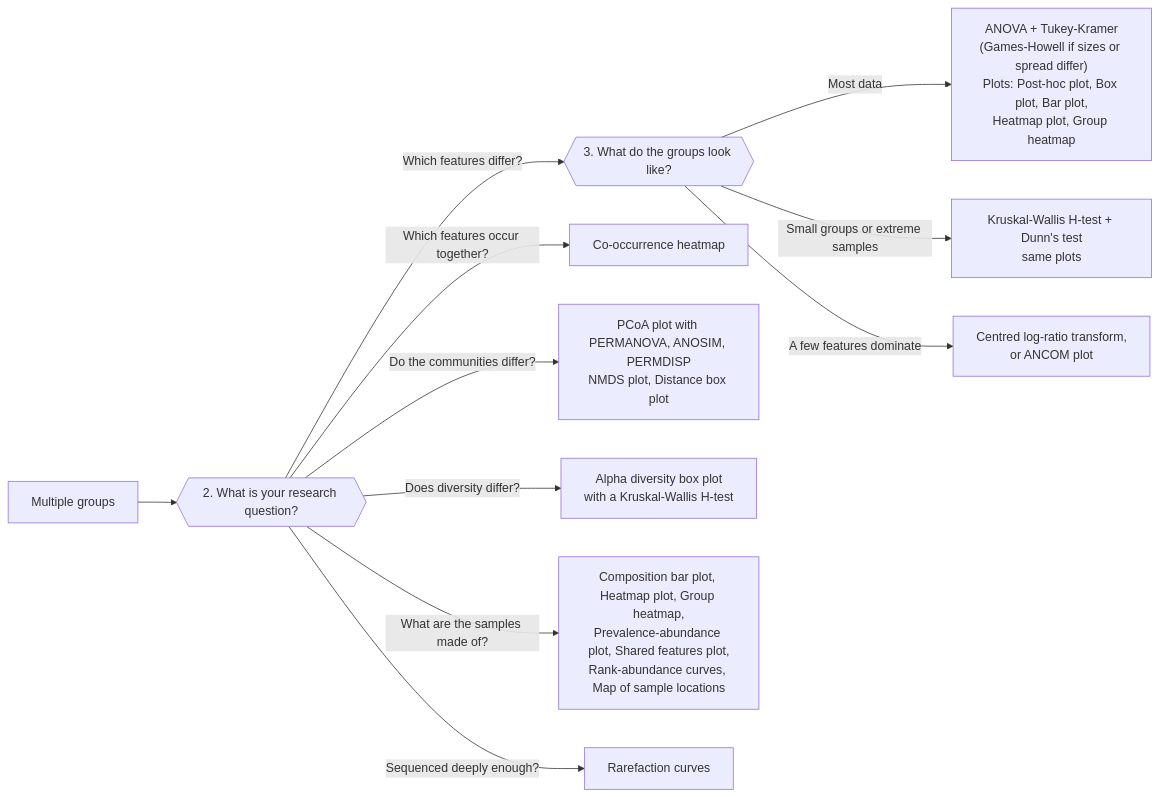
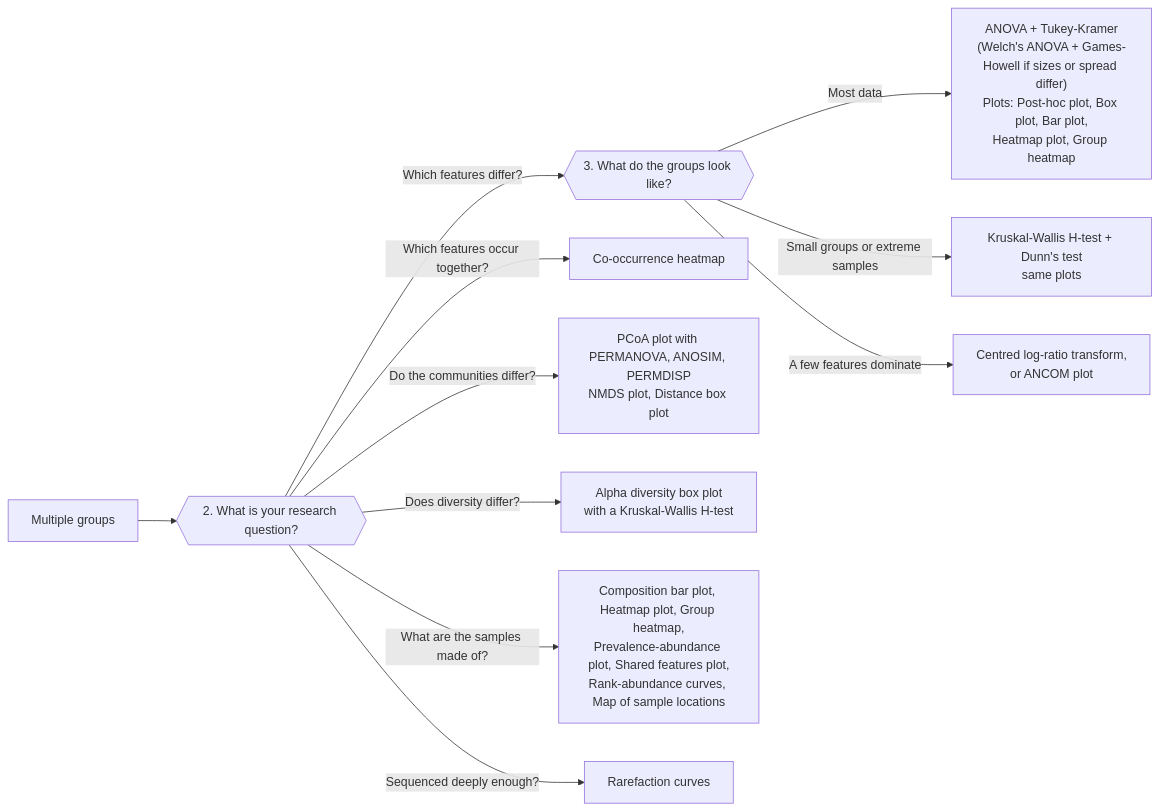
One commit to donovan-h-parks/STAMP changed the fourth of 5 diagrams in docs/WIZARD_PLAN.md. Above: the diagram before and after it, drawn with Mermaid. The commit also changed other lines of this file and 19 other files, not shown here.

First line of the commit message:
Add Welch's ANOVA and the Brown-Forsythe test of equal spread

````diff
--- a/docs/WIZARD_PLAN.md
+++ b/docs/WIZARD_PLAN.md
@@ -114,13 +114,13 @@
 ```mermaid
 flowchart LR
   M["Multiple groups"] --> MQ{{"2. What is your research question?"}}
   MQ -->|Which features differ?| M4{{"3. What do the groups look like?"}}
-  M4 -->|Most data| M1["ANOVA + Tukey-Kramer<br/>(Games-Howell if sizes or spread differ)<br/>Plots: Post-hoc plot, Box plot, Bar plot,<br/>Heatmap plot, Group heatmap"]
+  M4 -->|Most data| M1["ANOVA + Tukey-Kramer<br/>(Welch's ANOVA + Games-Howell if sizes or spread differ)<br/>Plots: Post-hoc plot, Box plot, Bar plot,<br/>Heatmap plot, Group heatmap"]
   M4 -->|Small groups or extreme samples| M2["Kruskal-Wallis H-test + Dunn's test<br/>same plots"]
   M4 -->|A few features dominate| M3["Centred log-ratio transform,<br/>or ANCOM plot"]
   MQ -->|Which features occur together?| M5["Co-occurrence heatmap"]
   MQ -->|Do the communities differ?| M6["PCoA plot with PERMANOVA, ANOSIM, PERMDISP<br/>NMDS plot, Distance box plot"]
   MQ -->|Does diversity differ?| M7["Alpha diversity box plot<br/>with a Kruskal-Wallis H-test"]
   MQ -->|What are the samples made of?| M8["Composition bar plot, Heatmap plot, Group heatmap,<br/>Prevalence-abundance plot, Shared features plot,<br/>Rank-abundance curves, Map of sample locations"]
   MQ -->|Sequenced deeply enough?| M9["Rarefaction curves"]
 ```
````
